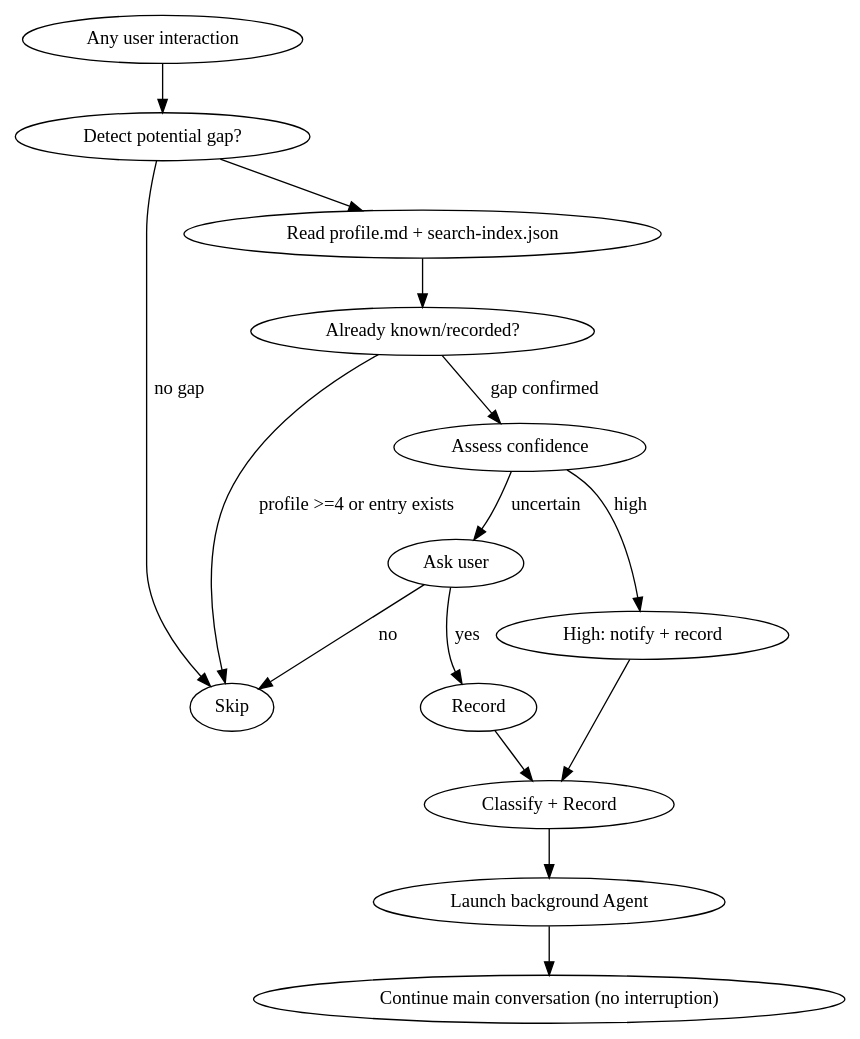
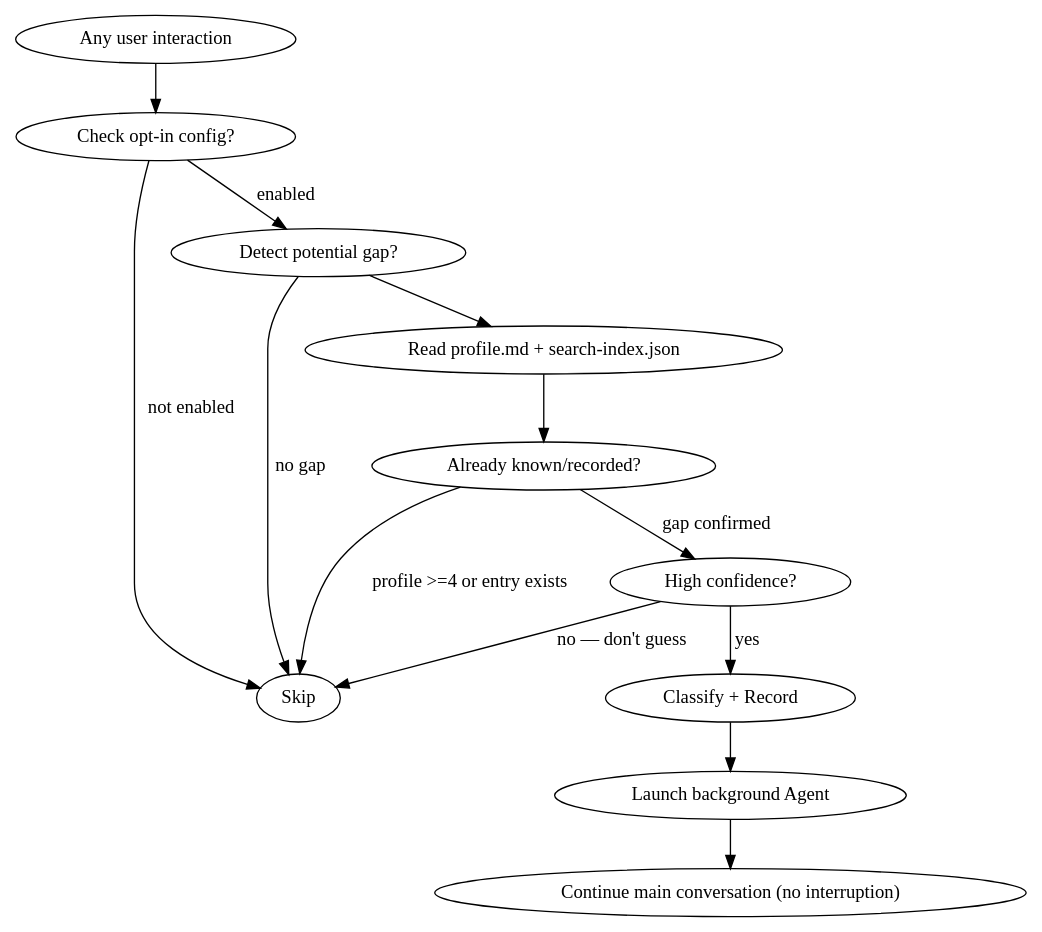
Before and after one commit to ut0p1an/knowledge_tracker: the diagram in skills/knowledge-collector/SKILL.md, drawn with Graphviz. The commit also changed other lines of this file and 9 other files, not shown here.

````diff
--- a/skills/knowledge-collector/SKILL.md
+++ b/skills/knowledge-collector/SKILL.md
@@ -66,18 +66,16 @@
 ```dot
 digraph collector {
-    "Any user interaction" -> "Detect potential gap?";
+    "Any user interaction" -> "Check opt-in config?";
+    "Check opt-in config?" -> "Skip" [label="not enabled"];
+    "Check opt-in config?" -> "Detect potential gap?" [label="enabled"];
     "Detect potential gap?" -> "Skip" [label="no gap"];
     "Detect potential gap?" -> "Read profile.md + search-index.json";
     "Read profile.md + search-index.json" -> "Already known/recorded?";
     "Already known/recorded?" -> "Skip" [label="profile >=4 or entry exists"];
-    "Already known/recorded?" -> "Assess confidence" [label="gap confirmed"];
-    "Assess confidence" -> "High: notify + record" [label="high"];
-    "Assess confidence" -> "Ask user" [label="uncertain"];
-    "Ask user" -> "Record" [label="yes"];
-    "Ask user" -> "Skip" [label="no"];
-    "High: notify + record" -> "Classify + Record";
-    "Record" -> "Classify + Record";
+    "Already known/recorded?" -> "High confidence?" [label="gap confirmed"];
+    "High confidence?" -> "Classify + Record" [label="yes"];
+    "High confidence?" -> "Skip" [label="no — don't guess"];
     "Classify + Record" -> "Launch background Agent";
     "Launch background Agent" -> "Continue main conversation (no interruption)";
 }
 ```
````
